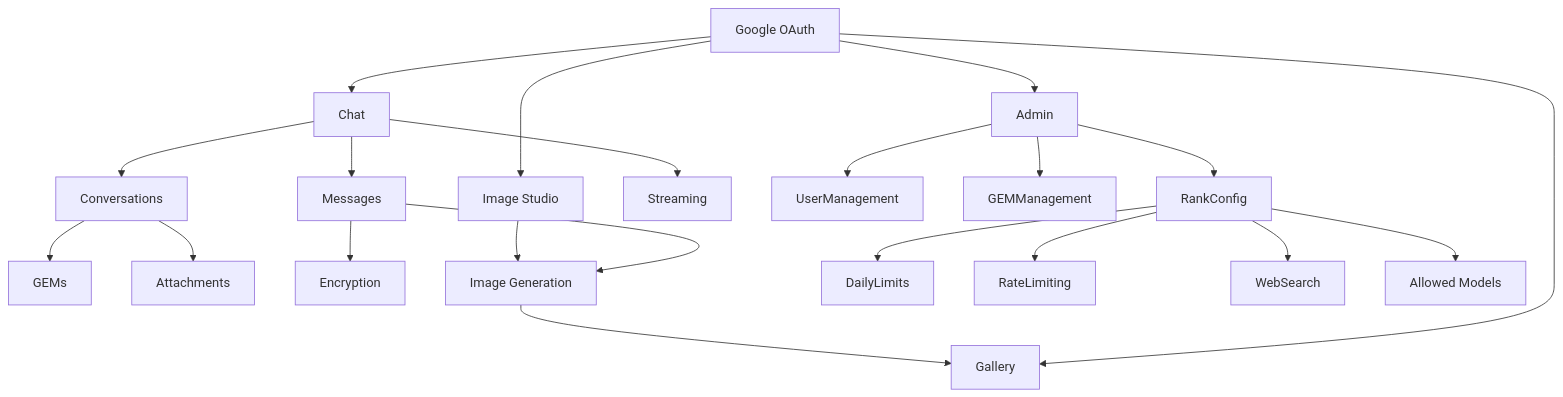
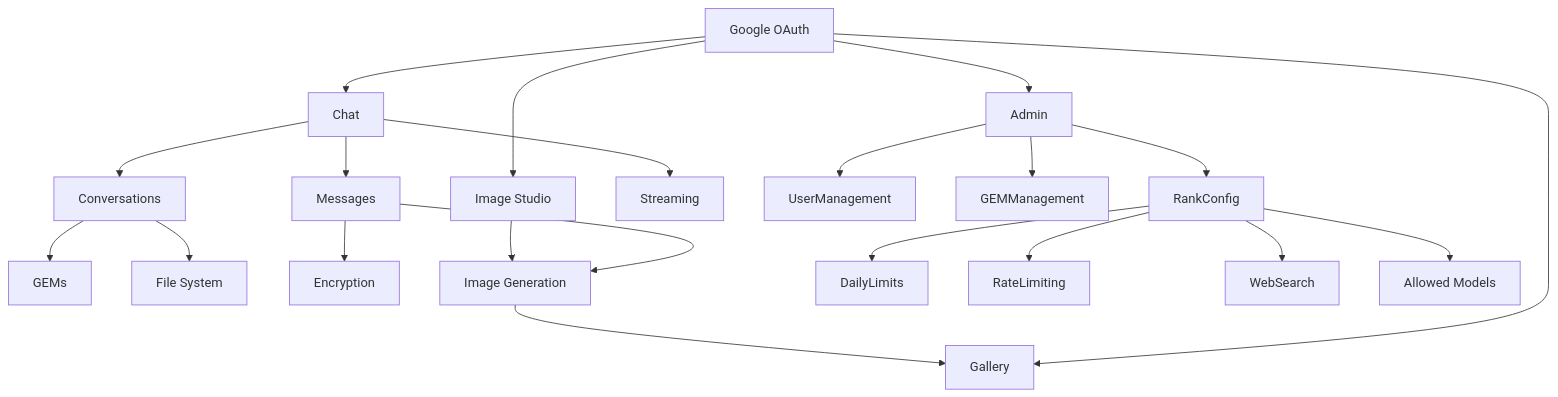
Before and after one commit to wyemhu12/vikini: the diagram in docs/features.md, drawn with Mermaid. The commit also changed other lines of this file and 4 other files, not shown here.

````diff
--- a/docs/features.md
+++ b/docs/features.md
@@ -329,30 +333,30 @@
 ```mermaid
 graph TD
     Auth[Google OAuth] --> Chat
     Auth --> Admin
     Auth --> ImageStudio
     Auth --> Gallery
 
     Chat --> Conversations
     Chat --> Messages
     Chat --> Streaming
 
     Conversations --> GEMs
-    Conversations --> Attachments
+    Conversations --> Files[File System]
 
     Messages --> Encryption
     Messages --> ImageGen[Image Generation]
 
     ImageGen --> Gallery
 
     ImageStudio[Image Studio] --> ImageGen
 
     Admin --> UserManagement
     Admin --> GEMManagement
     Admin --> RankConfig
 
     RankConfig --> DailyLimits
     RankConfig --> RateLimiting
     RankConfig --> WebSearch
     RankConfig --> AllowedModels[Allowed Models]
 ```
````
